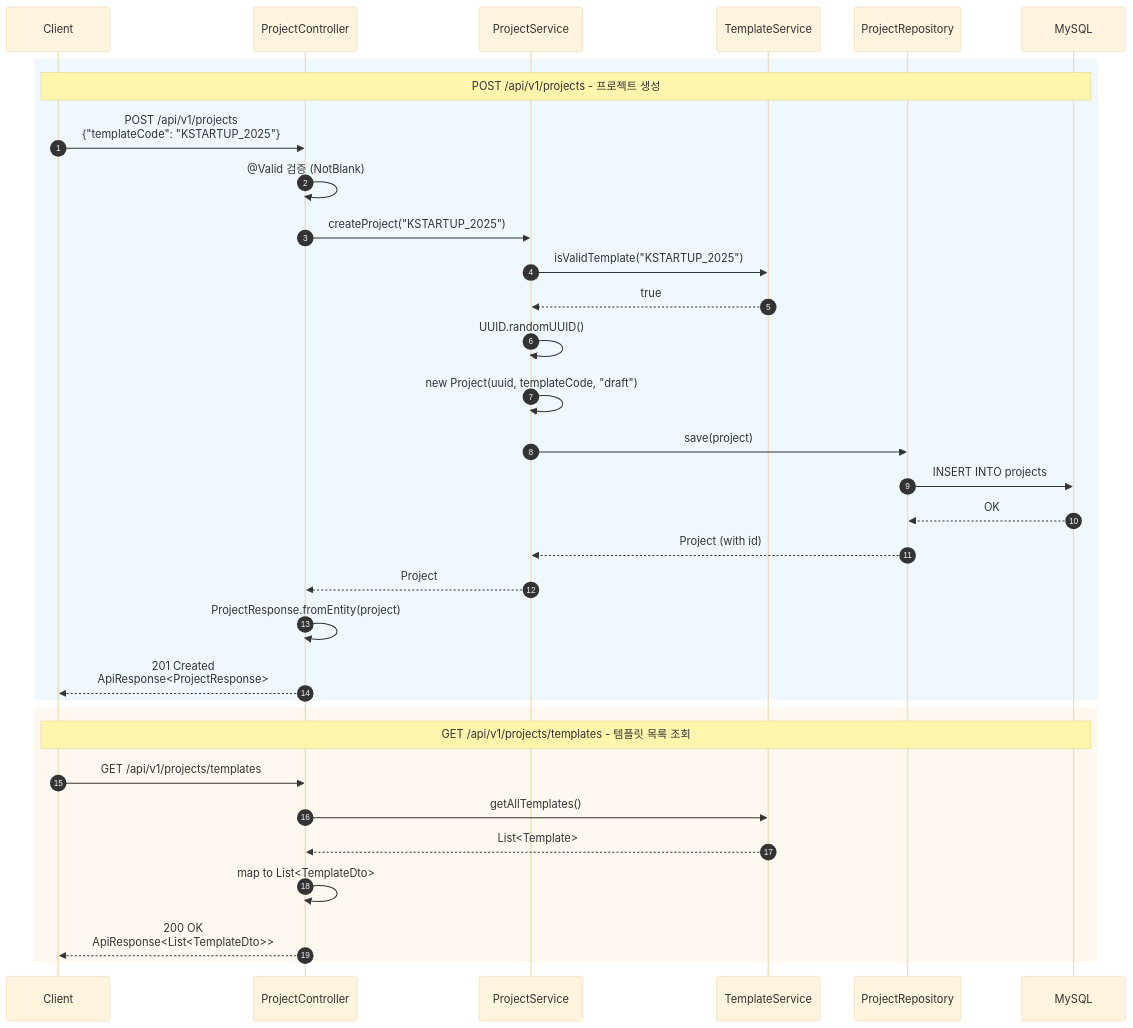
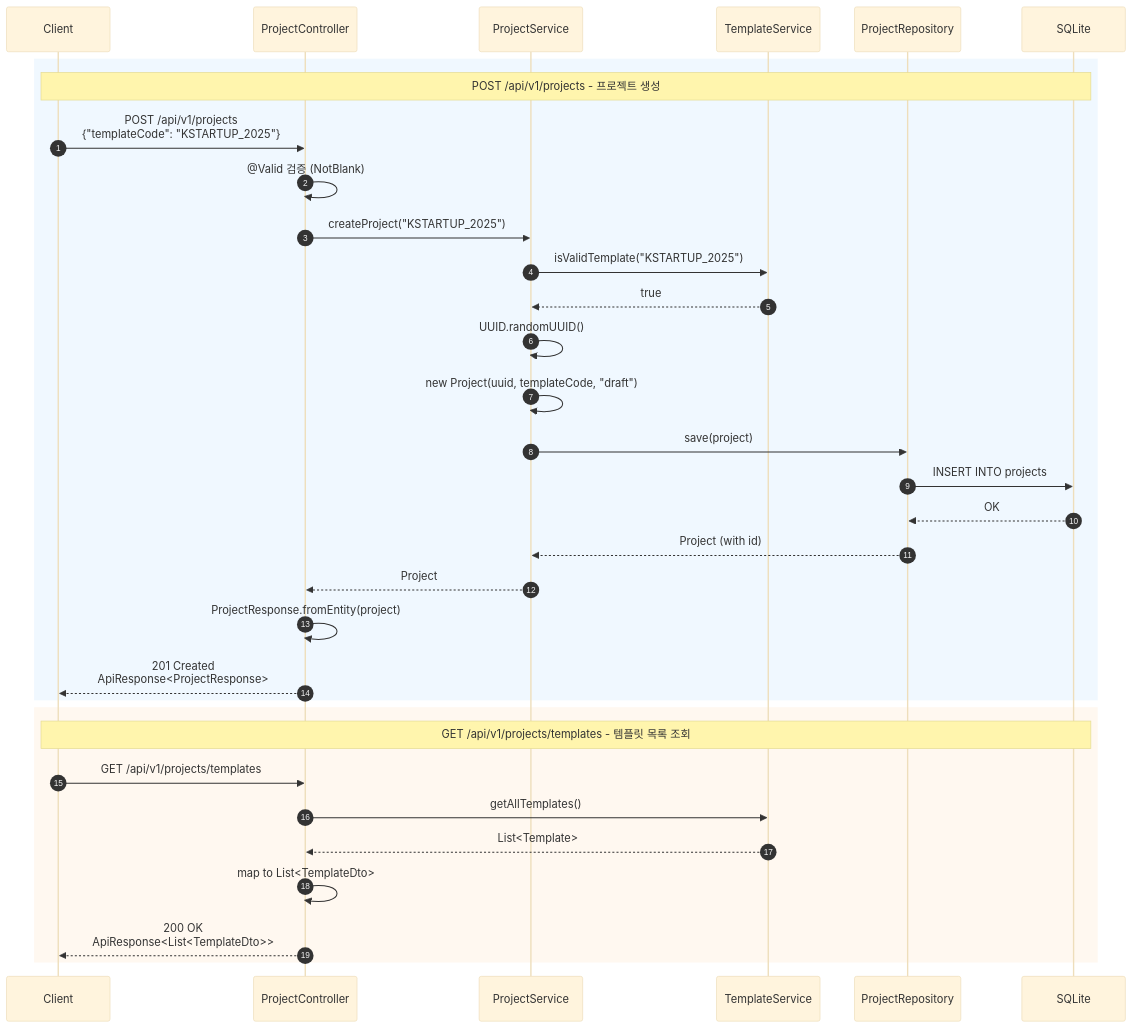
The third of 3 diagrams in tasks/github-issues/completed/issue-006-REQ-FUNC-001-BE-001.md (wild-mental/bizplan-be-inclass), drawn with Mermaid (base theme) before and after one commit. The commit also changed other lines of this file and 19 other files, not shown here.

````diff
--- a/tasks/github-issues/completed/issue-006-REQ-FUNC-001-BE-001.md
+++ b/tasks/github-issues/completed/issue-006-REQ-FUNC-001-BE-001.md
@@ -170,39 +170,39 @@
 ```mermaid
 sequenceDiagram
     autonumber
     participant Client
     participant Controller as ProjectController
     participant Service as ProjectService
     participant Template as TemplateService
     participant Repo as ProjectRepository
-    participant DB as MySQL
+    participant DB as SQLite
     
     %% POST /api/v1/projects Flow
     rect rgb(240, 248, 255)
         Note over Client,DB: POST /api/v1/projects - 프로젝트 생성
         Client->>Controller: POST /api/v1/projects<br/>{"templateCode": "KSTARTUP_2025"}
         Controller->>Controller: @Valid 검증 (NotBlank)
         Controller->>Service: createProject("KSTARTUP_2025")
         Service->>Template: isValidTemplate("KSTARTUP_2025")
         Template-->>Service: true
         Service->>Service: UUID.randomUUID()
         Service->>Service: new Project(uuid, templateCode, "draft")
         Service->>Repo: save(project)
         Repo->>DB: INSERT INTO projects
         DB-->>Repo: OK
         Repo-->>Service: Project (with id)
         Service-->>Controller: Project
         Controller->>Controller: ProjectResponse.fromEntity(project)
         Controller-->>Client: 201 Created<br/>ApiResponse<ProjectResponse>
     end
     
     %% GET /api/v1/projects/templates Flow
     rect rgb(255, 248, 240)
         Note over Client,DB: GET /api/v1/projects/templates - 템플릿 목록 조회
         Client->>Controller: GET /api/v1/projects/templates
         Controller->>Template: getAllTemplates()
         Template-->>Controller: List<Template>
         Controller->>Controller: map to List<TemplateDto>
         Controller-->>Client: 200 OK<br/>ApiResponse<List<TemplateDto>>
     end
 ```
````
